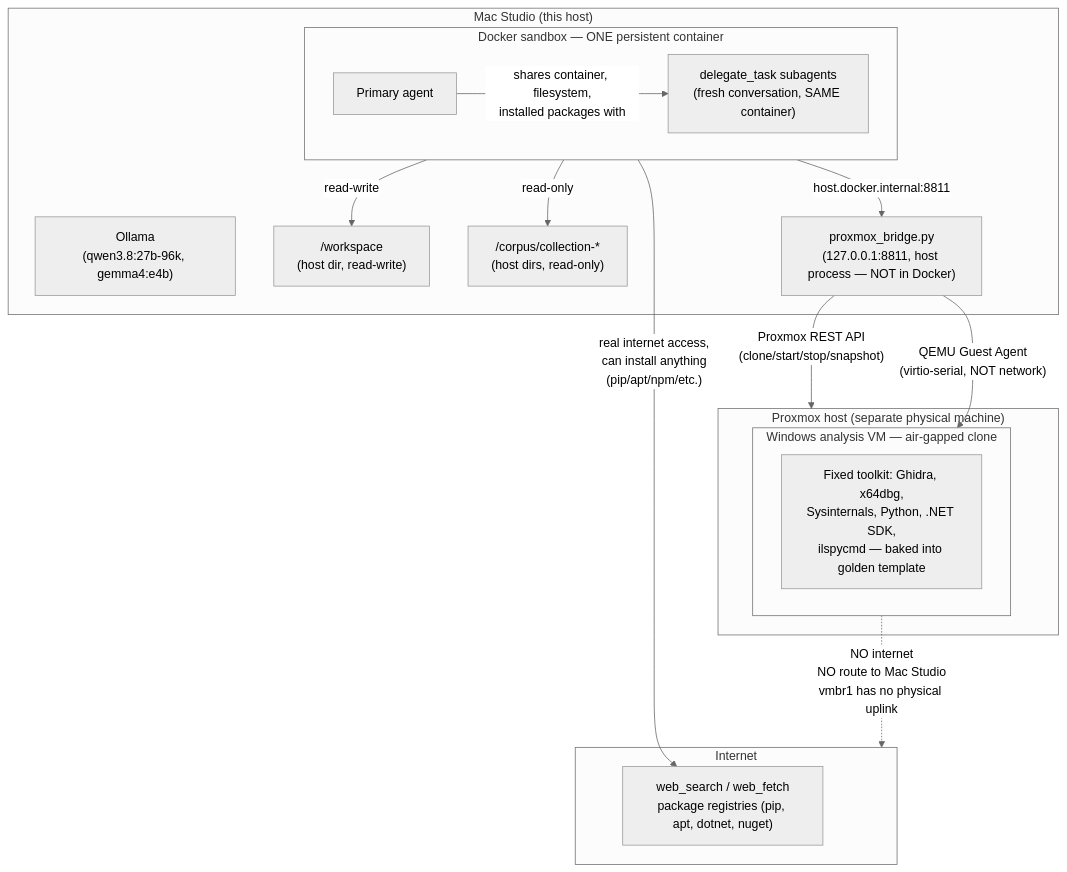
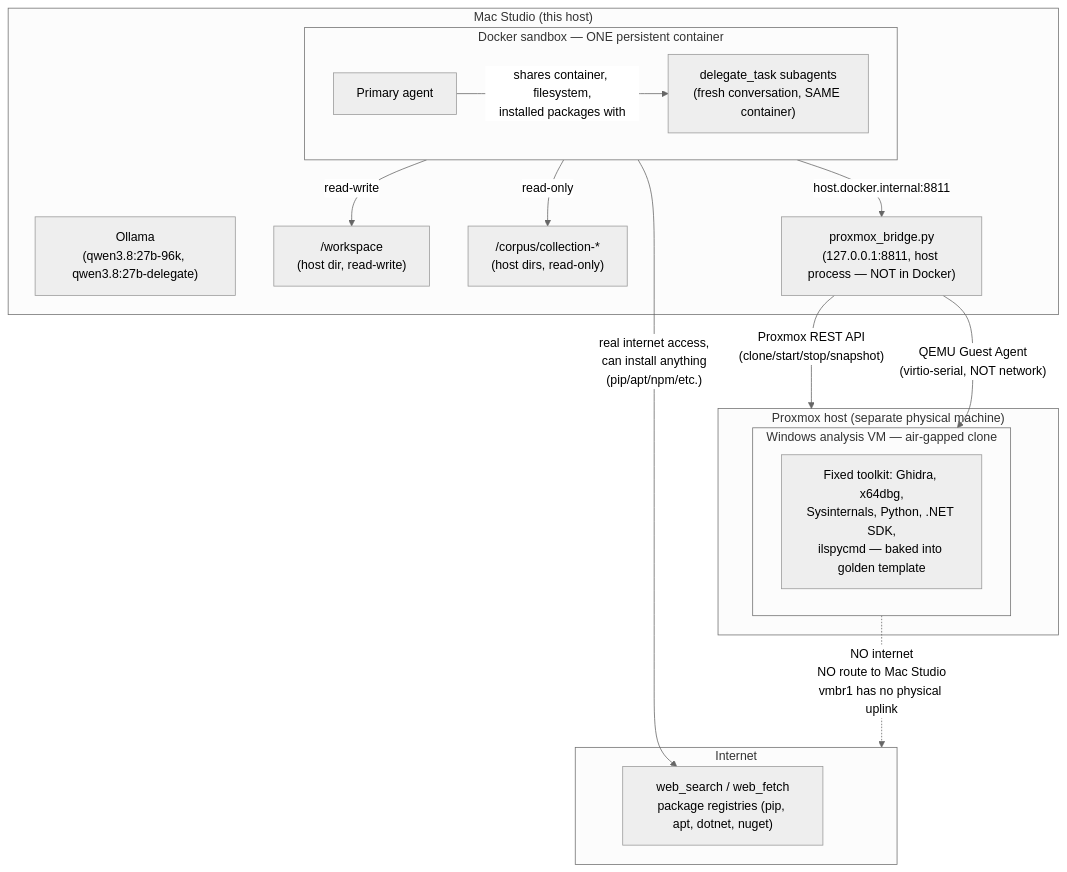
One commit to wataniguchi/hermes-agent-setup changed the diagram in README.md. Above: the diagram before and after it, drawn with Mermaid (neutral theme). The commit also changed other lines of this file and 11 other files, not shown here.

````diff
--- a/README.md
+++ b/README.md
@@ -65,32 +32,32 @@
 ```mermaid
 flowchart TB
     subgraph MacStudio["Mac Studio (this host)"]
-        Ollama["Ollama\n(qwen3.8:27b-96k, gemma4:e4b)"]
+        Ollama["Ollama\n(qwen3.8:27b-96k, qwen3.8:27b-delegate)"]
         subgraph DockerSandbox["Docker sandbox — ONE persistent container"]
             Primary["Primary agent"]
             Sub["delegate_task subagents\n(fresh conversation, SAME container)"]
         end
         Workspace["/workspace\n(host dir, read-write)"]
         Corpus["/corpus/collection-*\n(host dirs, read-only)"]
         Bridge["proxmox_bridge.py\n(127.0.0.1:8811, host process — NOT in Docker)"]
     end
 
     subgraph Internet["Internet"]
         Web["web_search / web_fetch\npackage registries (pip, apt, dotnet, nuget)"]
     end
 
     subgraph ProxmoxHost["Proxmox host (separate physical machine)"]
         subgraph WinVM["Windows analysis VM — air-gapped clone"]
             WinTools["Fixed toolkit: Ghidra, x64dbg,\nSysinternals, Python, .NET SDK,\nilspycmd — baked into golden template"]
         end
     end
 
     Primary -- "shares container, filesystem,\ninstalled packages with" --> Sub
     DockerSandbox -- "real internet access,\ncan install anything\n(pip/apt/npm/etc.)" --> Web
     DockerSandbox -- "read-write" --> Workspace
     DockerSandbox -- "read-only" --> Corpus
     DockerSandbox -- "host.docker.internal:8811" --> Bridge
     Bridge -- "Proxmox REST API\n(clone/start/stop/snapshot)" --> ProxmoxHost
     Bridge -- "QEMU Guest Agent\n(virtio-serial, NOT network)" --> WinVM
     WinVM -.->|"NO internet\nNO route to Mac Studio\nvmbr1 has no physical uplink"| Internet
 ```
````
